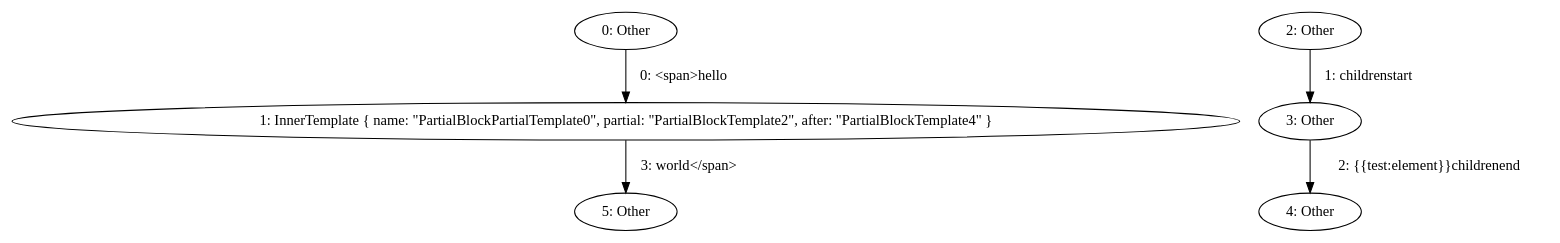
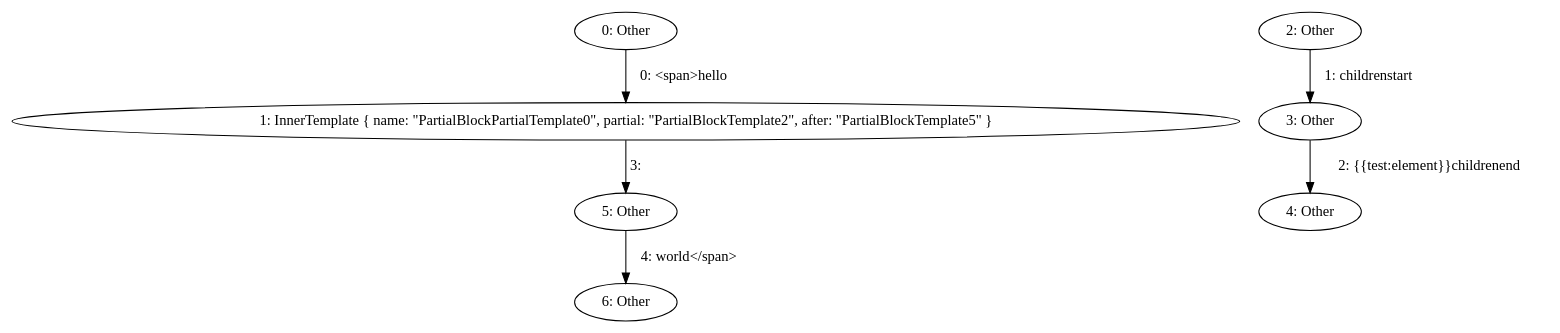
One commit to mohe2015/zero-cost-templating changed the diagram in zero-cost-templating/partial_block.dot. Above: the diagram before and after it, drawn with Graphviz. The commit also changed 2 other files, not shown here.

```diff
--- a/zero-cost-templating/partial_block.dot
+++ b/zero-cost-templating/partial_block.dot
@@ -1,12 +1,14 @@
 digraph {
     0 [ label = "0: Other" ]
-    1 [ label = "1: InnerTemplate { name: \"PartialBlockPartialTemplate0\", partial: \"PartialBlockTemplate2\", after: \"PartialBlockTemplate4\" }" ]
+    1 [ label = "1: InnerTemplate { name: \"PartialBlockPartialTemplate0\", partial: \"PartialBlockTemplate2\", after: \"PartialBlockTemplate5\" }" ]
     2 [ label = "2: Other" ]
     3 [ label = "3: Other" ]
     4 [ label = "4: Other" ]
     5 [ label = "5: Other" ]
+    6 [ label = "6: Other" ]
     0 -> 1 [ label = "0: <span>hello" ]
     2 -> 3 [ label = "1: childrenstart" ]
     3 -> 4 [ label = "2: {{test:element}}childrenend" ]
-    1 -> 5 [ label = "3: world</span>" ]
+    1 -> 5 [ label = "3: " ]
+    5 -> 6 [ label = "4: world</span>" ]
 }
```
